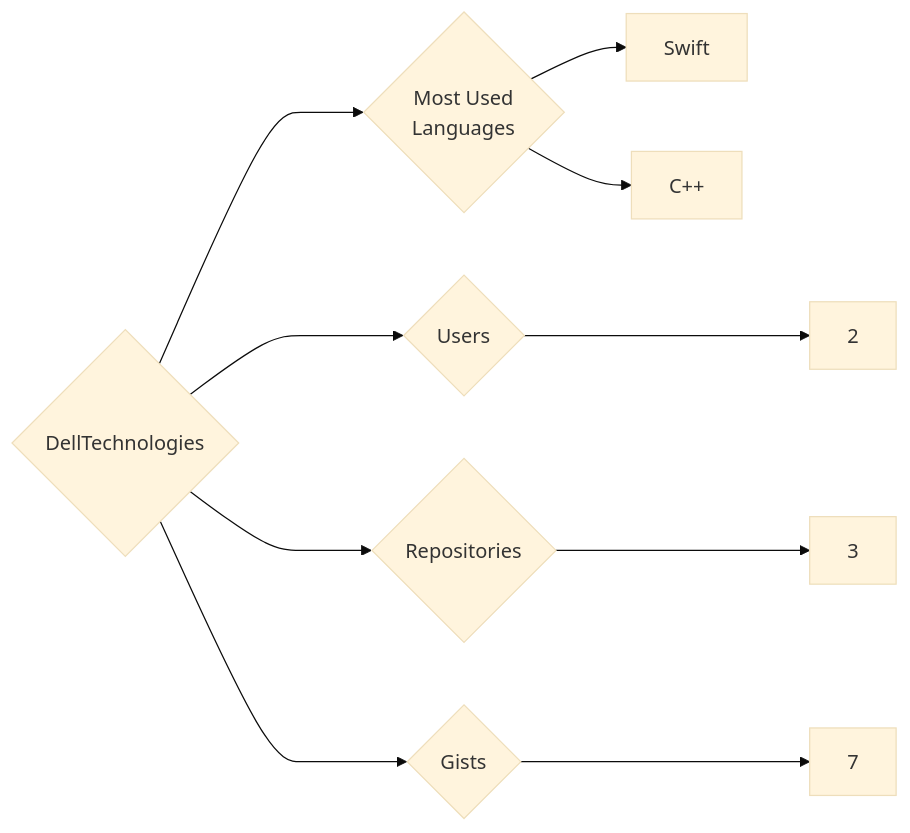
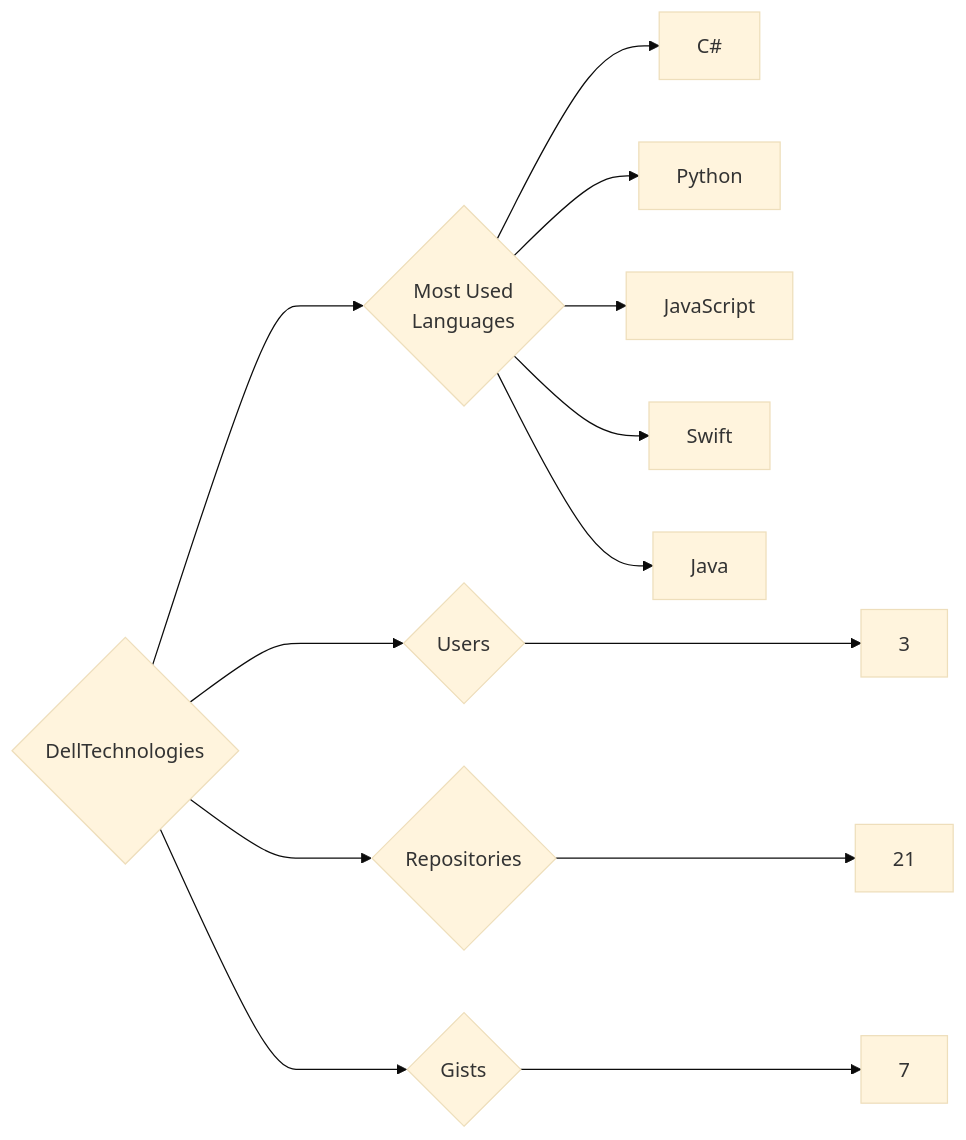
One commit to trickest/insiders changed the diagram in targets/DellTechnologies/README.md. Above: the diagram before and after it, drawn with Mermaid (base theme). The commit also changed 938 other files, not shown here.

````diff
--- a/targets/DellTechnologies/README.md
+++ b/targets/DellTechnologies/README.md
@@ -3,10 +3,13 @@
 ```mermaid
 graph LR
 COMPANY_NAME{DellTechnologies}
-COMPANY_NAME ---> U{Users} ---> UN[2]
-COMPANY_NAME ---> R{Repositories} ---> RN[3]
+COMPANY_NAME ---> U{Users} ---> UN[3]
+COMPANY_NAME ---> R{Repositories} ---> RN[21]
 COMPANY_NAME ---> G{Gists} ---> GN[7]
 COMPANY_NAME ---> ML{Most Used<br>Languages}
+ML --> C#[C#]
+ML --> Python[Python]
+ML --> JavaScript[JavaScript]
 ML --> Swift[Swift]
-ML --> C++[C++]
+ML --> Java[Java]
 ```
````
